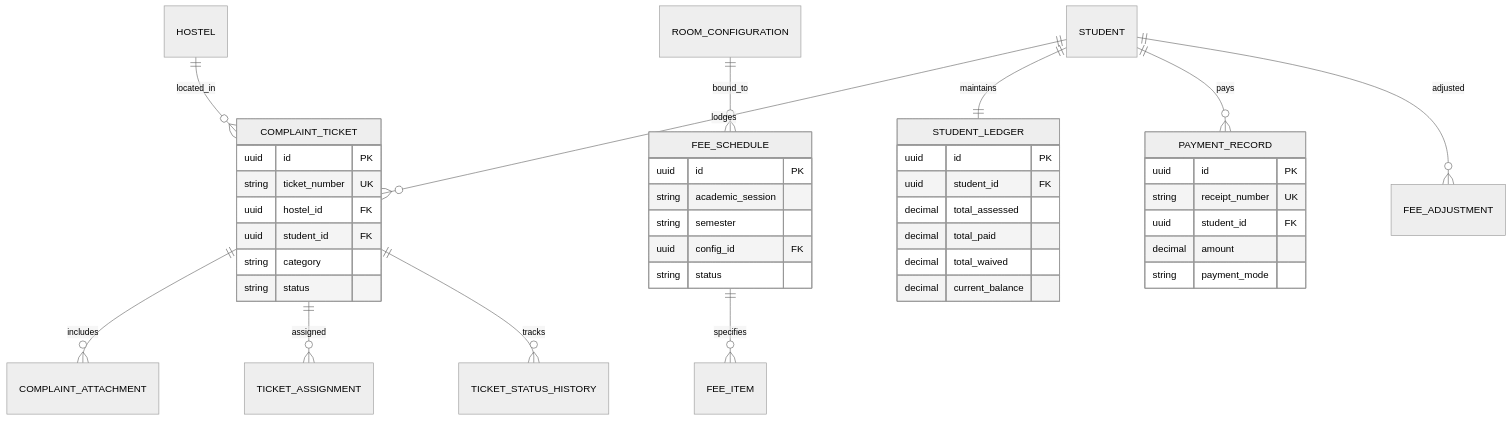
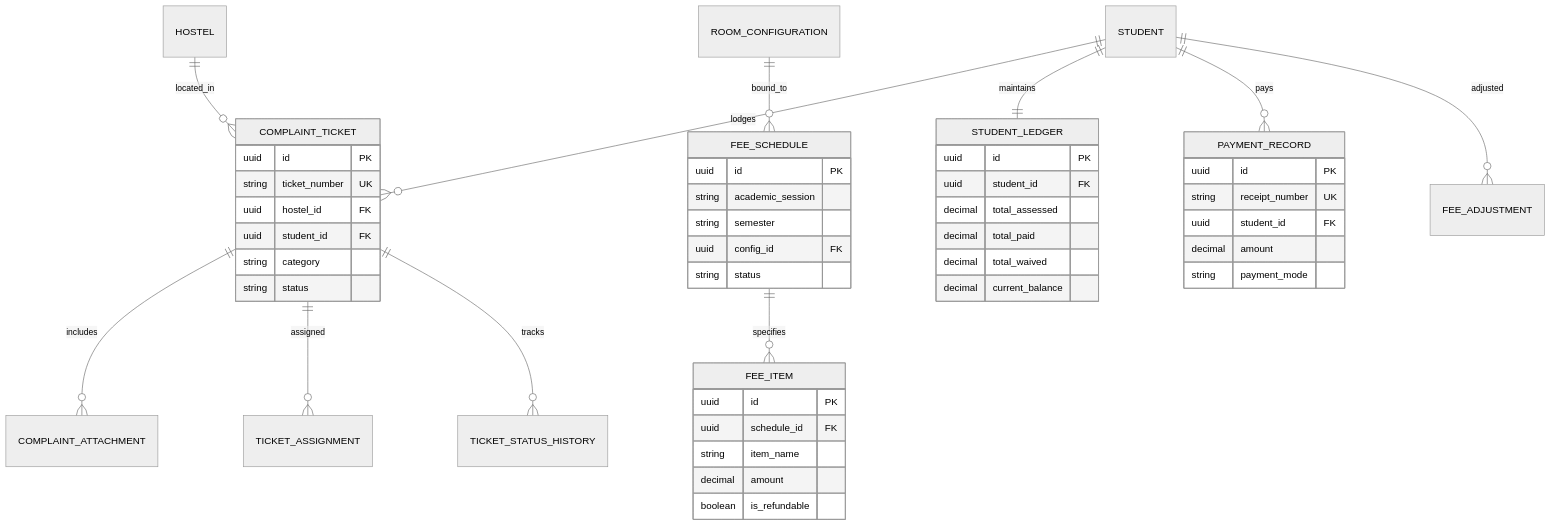
The fourth of 6 diagrams in docs/07-database-design.md (Sayam09das/Nestora), drawn with Mermaid (neutral theme) before and after one commit. The commit also changed other lines of this file and 6 other files, not shown here.

Commit message:
docs: resolve audit inconsistencies and add monorepo architecture specification

````diff
--- a/docs/07-database-design.md
+++ b/docs/07-database-design.md
@@ -1214,45 +1226,52 @@
 ```mermaid
 erDiagram
   STUDENT ||--o{ COMPLAINT_TICKET : "lodges"
   HOSTEL ||--o{ COMPLAINT_TICKET : "located_in"
   COMPLAINT_TICKET ||--o{ COMPLAINT_ATTACHMENT : "includes"
   COMPLAINT_TICKET ||--o{ TICKET_ASSIGNMENT : "assigned"
   COMPLAINT_TICKET ||--o{ TICKET_STATUS_HISTORY : "tracks"
 
   FEE_SCHEDULE ||--o{ FEE_ITEM : "specifies"
   ROOM_CONFIGURATION ||--o{ FEE_SCHEDULE : "bound_to"
   STUDENT ||--|| STUDENT_LEDGER : "maintains"
   STUDENT ||--o{ PAYMENT_RECORD : "pays"
   STUDENT ||--o{ FEE_ADJUSTMENT : "adjusted"
 
   COMPLAINT_TICKET {
     uuid id PK
     string ticket_number UK
     uuid hostel_id FK
     uuid student_id FK
     string category
     string status
   }
   FEE_SCHEDULE {
     uuid id PK
     string academic_session
     string semester
     uuid config_id FK
     string status
   }
+  FEE_ITEM {
+    uuid id PK
+    uuid schedule_id FK
+    string item_name
+    decimal amount
+    boolean is_refundable
+  }
   STUDENT_LEDGER {
     uuid id PK
     uuid student_id FK
     decimal total_assessed
     decimal total_paid
     decimal total_waived
     decimal current_balance
   }
   PAYMENT_RECORD {
     uuid id PK
     string receipt_number UK
     uuid student_id FK
     decimal amount
     string payment_mode
   }
 ```
````
